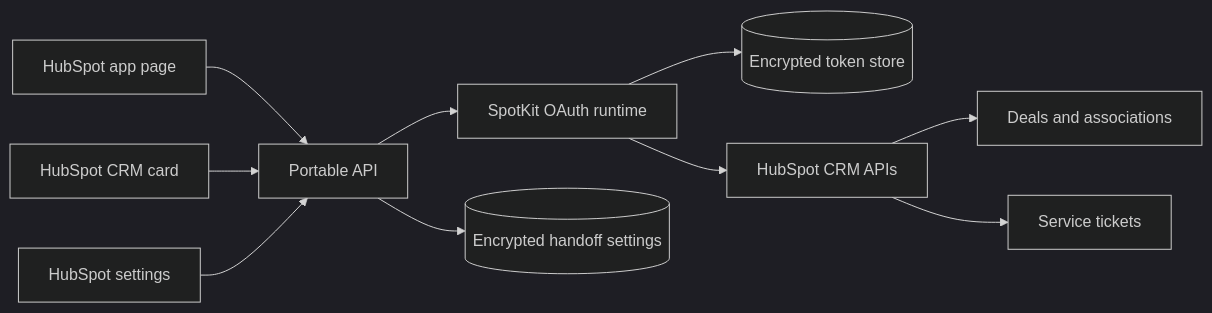
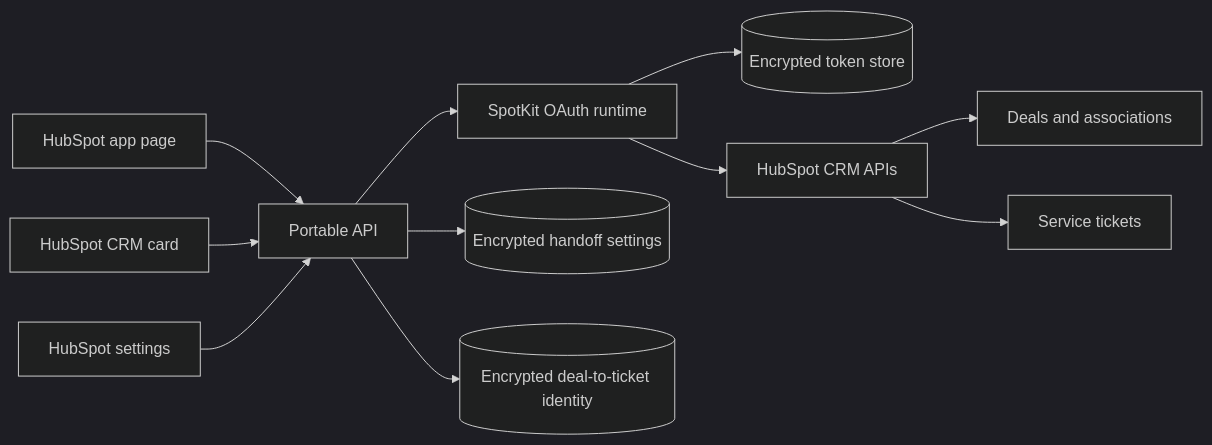
Before and after one commit to mathias7799/HubSpotLab: the diagram in projects/handoffready/docs/architecture.md, drawn with Mermaid (dark theme). The commit also changed other lines of this file and 15 other files, not shown here.

Commit message:
Harden HandoffReady ticket identity

````diff
--- a/projects/handoffready/docs/architecture.md
+++ b/projects/handoffready/docs/architecture.md
@@ -3,12 +3,13 @@
 ```mermaid
 flowchart LR
   Page[HubSpot app page] --> API[Portable API]
   Card[HubSpot CRM card] --> API
   Settings[HubSpot settings] --> API
   API --> Runtime[SpotKit OAuth runtime]
   Runtime --> Store[(Encrypted token store)]
   Runtime --> HubSpot[HubSpot CRM APIs]
   API --> Config[(Encrypted handoff settings)]
+  API --> Identity[(Encrypted deal-to-ticket identity)]
   HubSpot --> Deal[Deals and associations]
   HubSpot --> Ticket[Service tickets]
 ```
````
